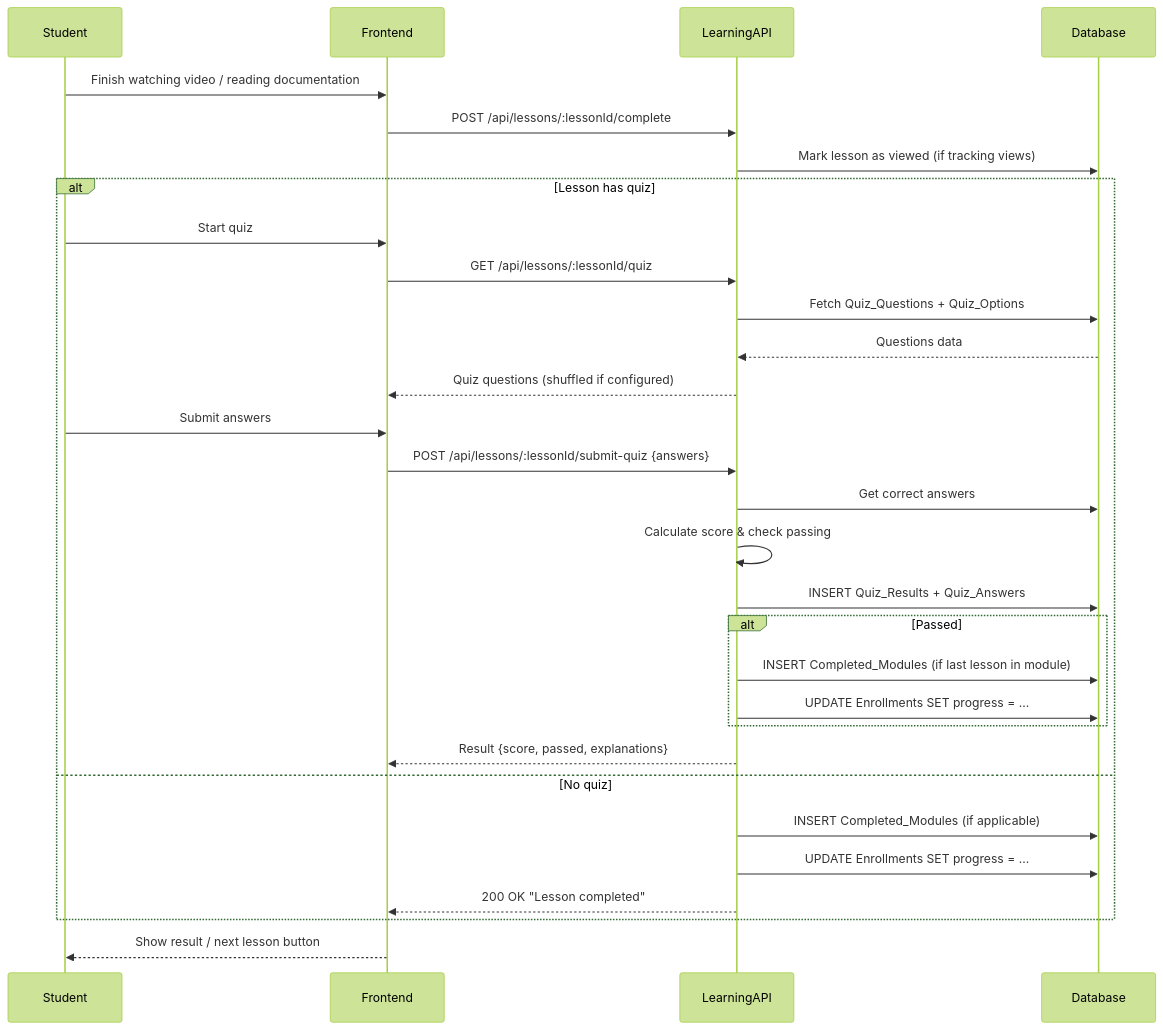
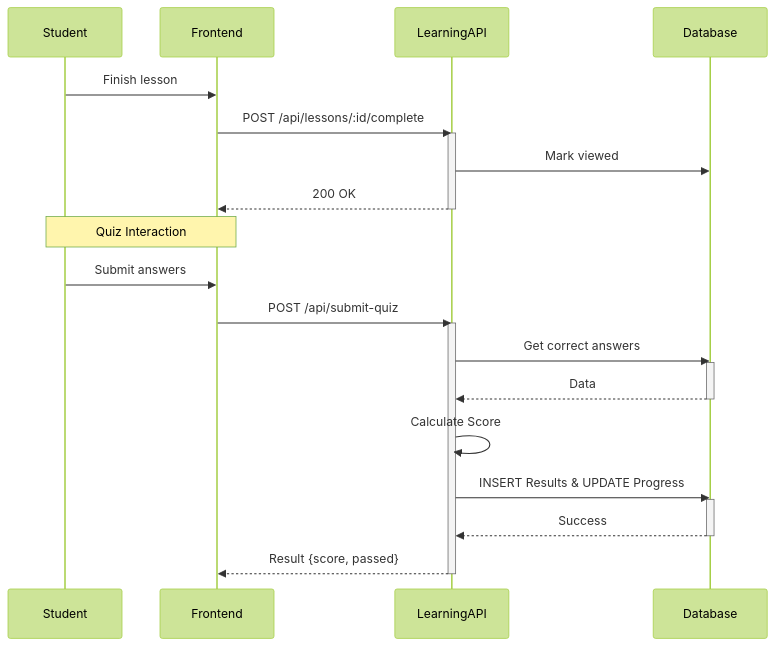
One commit to maruf-pfc/build-to-learn changed the third of 6 diagrams in docs/sequence-diagrams.md. Above: the diagram before and after it, drawn with Mermaid (forest theme). The commit also changed other lines of this file, not shown here.

First line of the commit message:
Refactor sequence diagrams for online learning platform

````diff
--- a/docs/sequence-diagrams.md
+++ b/docs/sequence-diagrams.md
@@ -63,36 +86,34 @@
 ```mermaid
 sequenceDiagram
     participant Student
-    participant Frontend
-    participant LearningAPI
-    participant Database
+    participant FE as Frontend
+    participant LAPI as LearningAPI
+    participant DB as Database
 
-    Student->>Frontend: Finish watching video / reading documentation
-    Frontend->>LearningAPI: POST /api/lessons/:lessonId/complete
-    LearningAPI->>Database: Mark lesson as viewed (if tracking views)
+    Student->>FE: Finish lesson
+    FE->>LAPI: POST /api/lessons/:id/complete
+    activate LAPI
+    LAPI->>DB: Mark viewed
+    LAPI-->>FE: 200 OK
+    deactivate LAPI
 
-    alt Lesson has quiz
-        Student->>Frontend: Start quiz
-        Frontend->>LearningAPI: GET /api/lessons/:lessonId/quiz
-        LearningAPI->>Database: Fetch Quiz_Questions + Quiz_Options
-        Database-->>LearningAPI: Questions data
-        LearningAPI-->>Frontend: Quiz questions (shuffled if configured)
+    Note over Student, FE: Quiz Interaction
+    Student->>FE: Submit answers
+    FE->>LAPI: POST /api/submit-quiz
+    activate LAPI
+    LAPI->>DB: Get correct answers
+    activate DB
+    DB-->>LAPI: Data
+    deactivate DB
+    
+    LAPI->>LAPI: Calculate Score
+    
+    LAPI->>DB: INSERT Results & UPDATE Progress
+    activate DB
+    DB-->>LAPI: Success
+    deactivate DB
+    
+    LAPI-->>FE: Result {score, passed}
+    deactivate LAPI
 
-        Student->>Frontend: Submit answers
-        Frontend->>LearningAPI: POST /api/lessons/:lessonId/submit-quiz {answers}
-        LearningAPI->>Database: Get correct answers
-        LearningAPI->>LearningAPI: Calculate score & check passing
-        LearningAPI->>Database: INSERT Quiz_Results + Quiz_Answers
-        alt Passed
-            LearningAPI->>Database: INSERT Completed_Modules (if last lesson in module)
-            LearningAPI->>Database: UPDATE Enrollments SET progress = ...
-        end
-        LearningAPI-->>Frontend: Result {score, passed, explanations}
-    else No quiz
-        LearningAPI->>Database: INSERT Completed_Modules (if applicable)
-        LearningAPI->>Database: UPDATE Enrollments SET progress = ...
-        LearningAPI-->>Frontend: 200 OK "Lesson completed"
-    end
-
-    Frontend-->>Student: Show result / next lesson button
 ```
````
